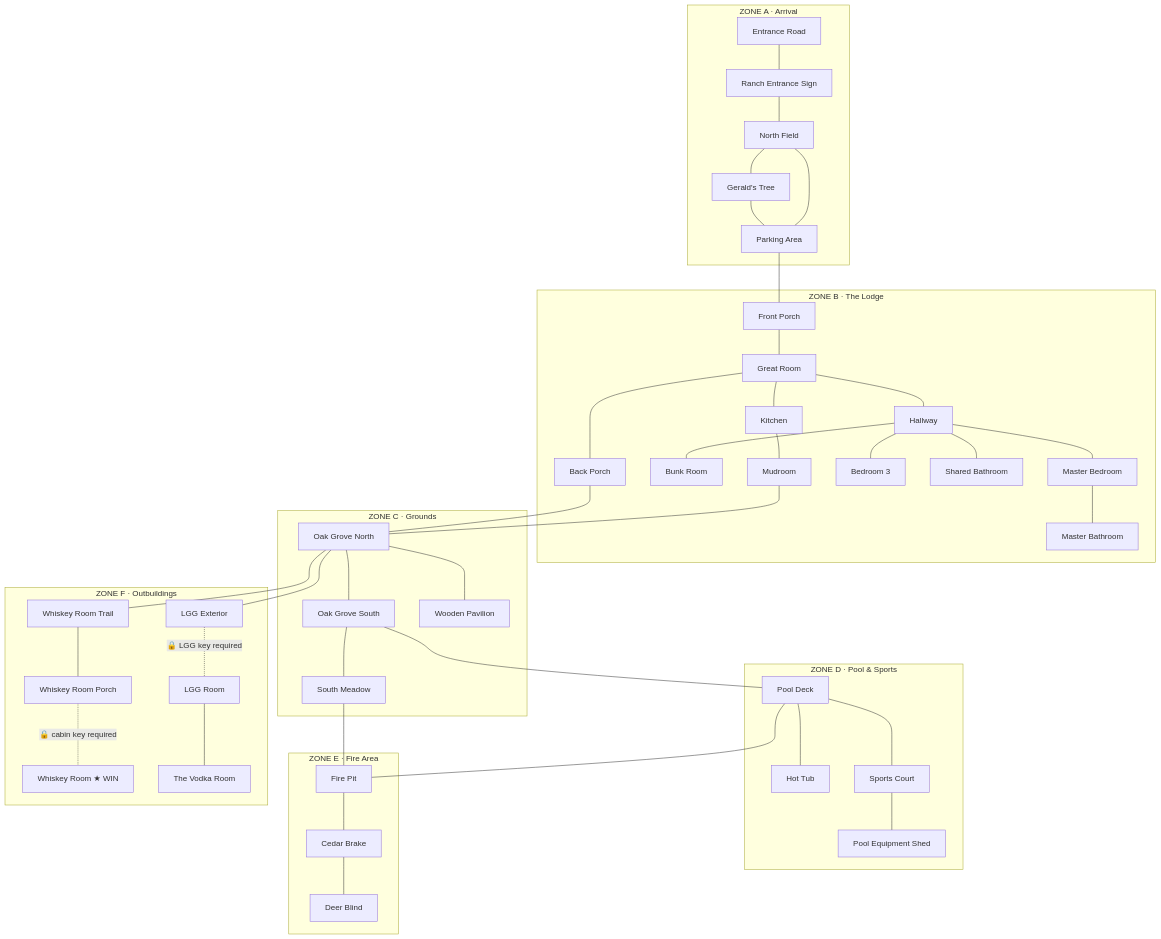
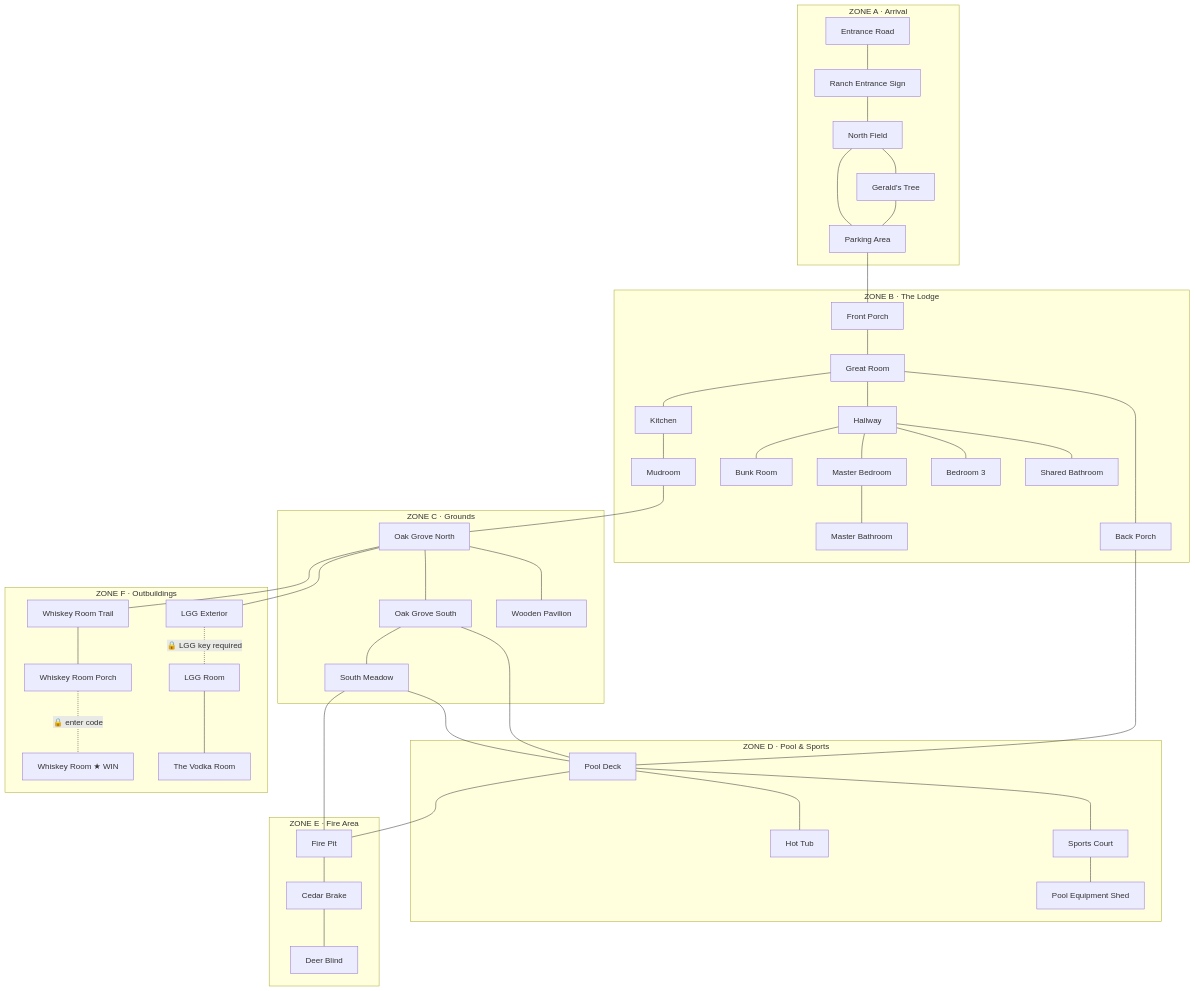
One commit to rusty-software/lbpquest-iv changed the diagram in PLAN.md. Above: the diagram before and after it, drawn with Mermaid. The commit also changed other lines of this file and 10 other files, not shown here.

````diff
--- a/PLAN.md
+++ b/PLAN.md
@@ -76,11 +76,10 @@
     subgraph ZF["ZONE F · Outbuildings"]
         WRT["Whiskey Room Trail"]
         WRP["Whiskey Room Porch"]
-        WR["Whiskey Room"]
+        WR["Whiskey Room ★ WIN"]
         LGGExt["LGG Exterior"]
         LGGRoom["LGG Room"]
         VR["The Vodka Room"]
-        WR["Whiskey Room ★ WIN"]
     end
 
     ER --- RS
@@ -99,13 +98,13 @@
     H --- B3
     H --- SBath
     GR --- BP
-    BP --- OGN
+    BP --- PoolD
     MU --- OGN
     OGN --- OGS
     OGN --- WoodP
     OGN --- WRT
     WRT --- WRP
-    WRP -. "🔒 cabin key required" .- WR
+    WRP -. "🔒 enter code" .- WR
     OGN --- LGGExt
     LGGExt -. "🔒 LGG key required" .- LGGRoom
     LGGRoom --- VR
@@ -116,6 +115,7 @@
     PoolD --- FireP
     OGS --- SM
     SM --- FireP
+    SM --- PoolD
     FireP --- CB
     CB --- DB
 ```
````
